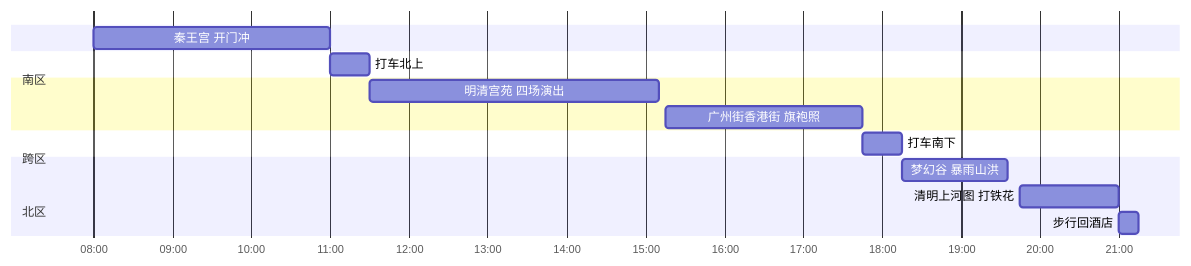
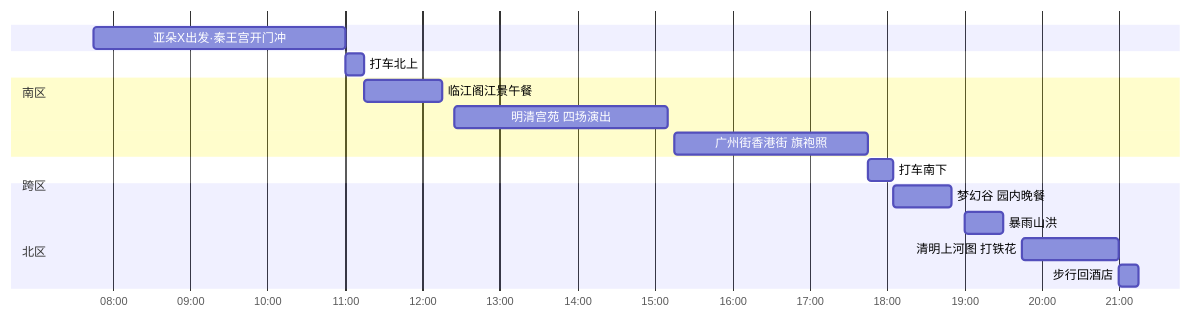
Before and after one commit to hezhijie0327/ZJBlog: the first of 2 diagrams in content/travels/hengdian-yiwu-national-day-guide.md, drawn with Mermaid. The commit also changed other lines of this file, not shown here.

Commit message:
docs(travels): 横店 D2 主场日三餐落定——临江阁江景午餐 + 梦幻谷园内晚餐，动线自亚朵X 出发重排

````diff
--- a/content/travels/hengdian-yiwu-national-day-guide.md
+++ b/content/travels/hengdian-yiwu-national-day-guide.md
@@ -79,19 +79,21 @@
 ```mermaid
 gantt
     dateFormat HH:mm
     axisFormat %H:%M
     todayMarker off
     section 南区
-    秦王宫 开门冲 :q1, 08:00, 11:00
+    亚朵X出发·秦王宫开门冲 :q1, 07:45, 11:00
     section 跨区
-    打车北上 :t1, 11:00, 11:30
+    打车北上 :t1, 11:00, 11:15
     section 北区
-    明清宫苑 四场演出 :q2, 11:30, 15:10
+    临江阁江景午餐 :m1, 11:15, 12:15
+    明清宫苑 四场演出 :q2, 12:25, 15:10
     广州街香港街 旗袍照 :q3, 15:15, 17:45
     section 跨区
-    打车南下 :t2, 17:45, 18:15
+    打车南下 :t2, 17:45, 18:05
     section 南区
-    梦幻谷 暴雨山洪 :q4, 18:15, 19:35
+    梦幻谷 园内晚餐 :m2, 18:05, 18:50
+    暴雨山洪 :q4, 19:00, 19:30
     清明上河图 打铁花 :q5, 19:45, 21:00
     步行回酒店 :q6, 21:00, 21:15
 ```
````
